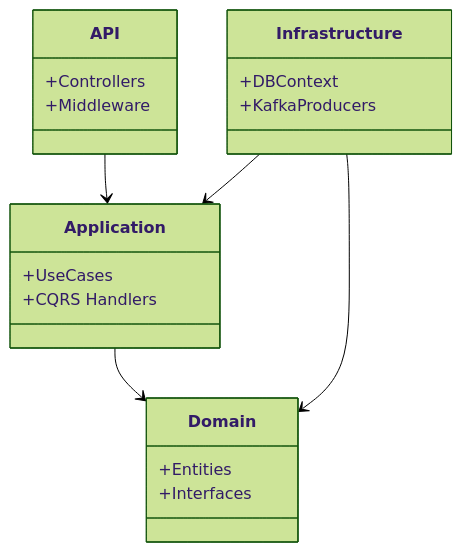
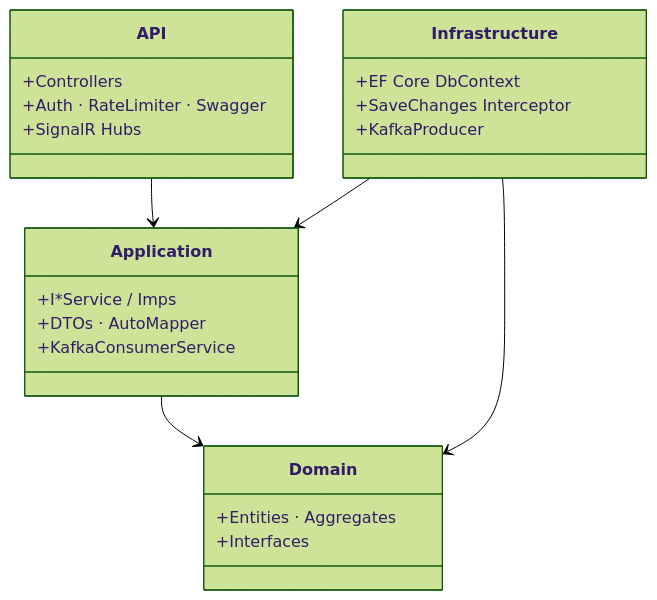
Before and after one commit to chuong1210/VShop: the second of 8 diagrams in README.md, drawn with Mermaid (forest theme). The commit also changed other lines of this file, not shown here.

````diff
--- a/README.md
+++ b/README.md
@@ -100,24 +135,26 @@
 ```mermaid
 classDiagram
     class API {
         +Controllers
-        +Middleware
+        +Auth · RateLimiter · Swagger
+        +SignalR Hubs
     }
     class Application {
-        +UseCases
-        +CQRS Handlers
+        +I*Service / Imps
+        +DTOs · AutoMapper
+        +KafkaConsumerService
     }
     class Domain {
-        +Entities
+        +Entities · Aggregates
         +Interfaces
     }
     class Infrastructure {
-        +DBContext
-        +KafkaProducers
+        +EF Core DbContext
+        +SaveChanges Interceptor
+        +KafkaProducer
     }
-    
     API --> Application
     Infrastructure --> Application
     Application --> Domain
     Infrastructure --> Domain
 ```
````
